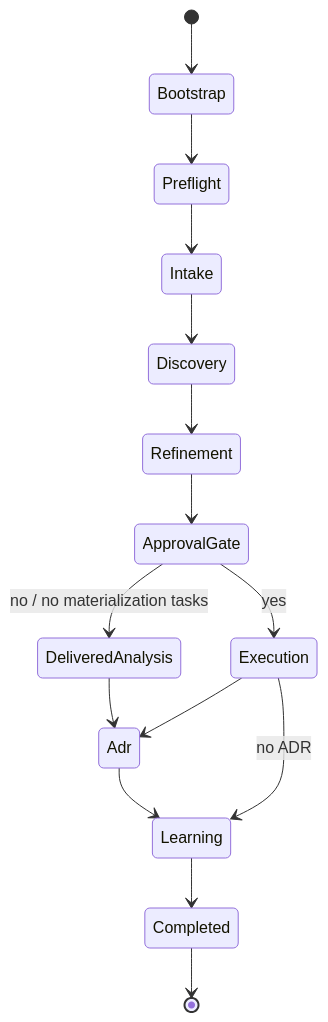
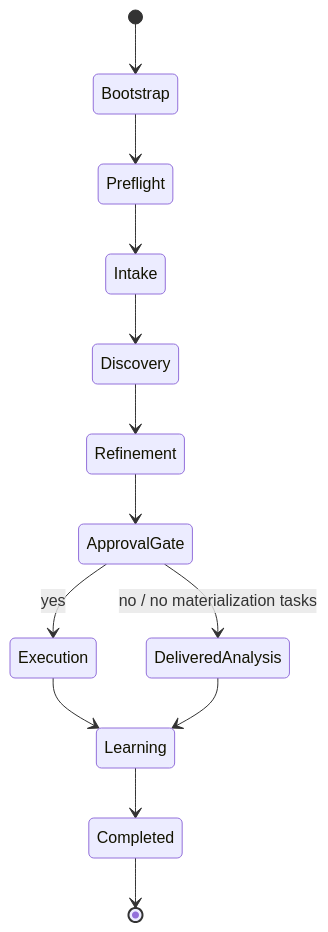
One commit to SergioLacerda/strategist-skill changed the fifth of 5 diagrams in docs/c4-diagrams.md. Above: the diagram before and after it, drawn with Mermaid. The commit also changed other lines of this file and 10 other files, not shown here.

````diff
--- a/docs/c4-diagrams.md
+++ b/docs/c4-diagrams.md
@@ -189,17 +189,15 @@
 ```mermaid
 stateDiagram-v2
     [*] --> Bootstrap
     Bootstrap --> Preflight
     Preflight --> Intake
     Intake --> Discovery
     Discovery --> Refinement
     Refinement --> ApprovalGate
     ApprovalGate --> DeliveredAnalysis: no / no materialization tasks
     ApprovalGate --> Execution: yes
-    Execution --> Adr
-    DeliveredAnalysis --> Adr
-    Adr --> Learning
-    Execution --> Learning: no ADR
+    Execution --> Learning
+    DeliveredAnalysis --> Learning
     Learning --> Completed
     Completed --> [*]
 ```
````
